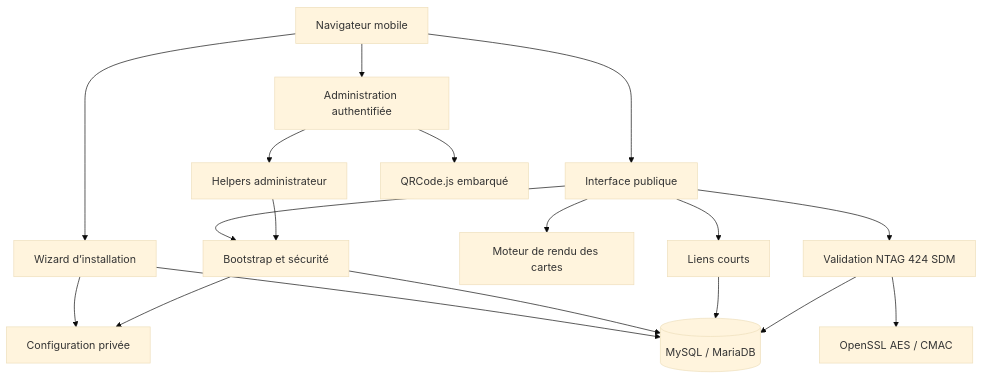
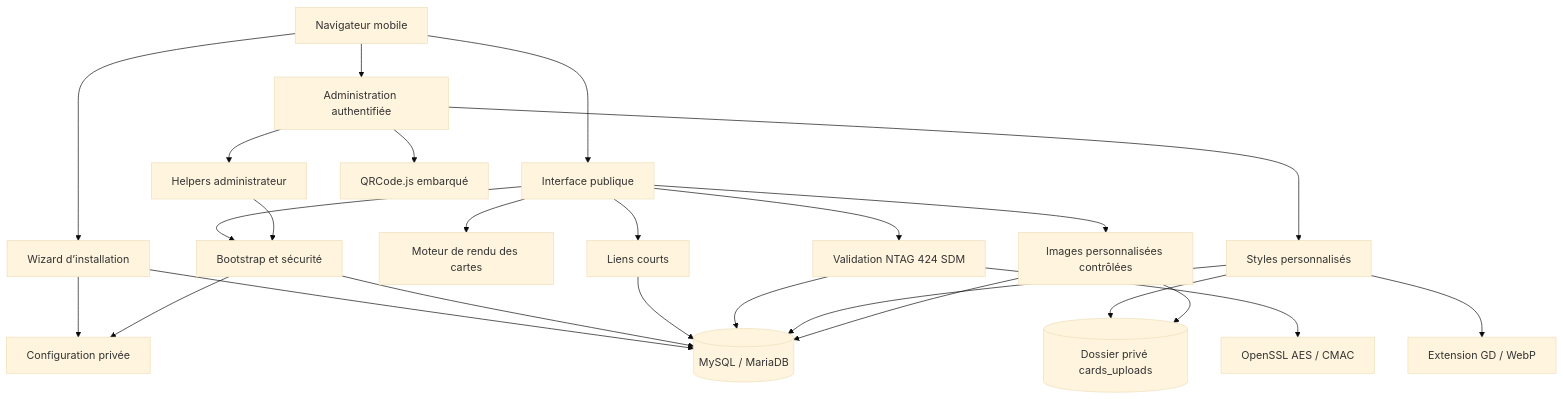
Before and after one commit to TheLibertyWolf/secretmagic-cards: the diagram in README.md, drawn with Mermaid (base theme). The commit also changed other lines of this file and 20 other files, not shown here.

````diff
--- a/README.md
+++ b/README.md
@@ -44,20 +46,27 @@
 ```mermaid
 flowchart TD
     Browser["Navigateur mobile"] --> Public["Interface publique"]
     Browser --> Admin["Administration authentifiée"]
     Browser --> Installer["Wizard d’installation"]
     Public --> Bootstrap["Bootstrap et sécurité"]
     Admin --> Helpers["Helpers administrateur"]
     Helpers --> Bootstrap
     Installer --> Config["Configuration privée"]
     Installer --> Database[("MySQL / MariaDB")]
     Bootstrap --> Config
     Bootstrap --> Database
     Public --> Renderer["Moteur de rendu des cartes"]
+    Public --> Media["Images personnalisées contrôlées"]
     Public --> ShortLinks["Liens courts"]
     Public --> SDM["Validation NTAG 424 SDM"]
     ShortLinks --> Database
     SDM --> Crypto["OpenSSL AES / CMAC"]
     SDM --> Database
+    Admin --> CustomStyles["Styles personnalisés"]
+    CustomStyles --> GD["Extension GD / WebP"]
+    CustomStyles --> MediaStore[("Dossier privé cards_uploads")]
+    CustomStyles --> Database
+    Media --> MediaStore
+    Media --> Database
     Admin --> QR["QRCode.js embarqué"]
 ```
````
